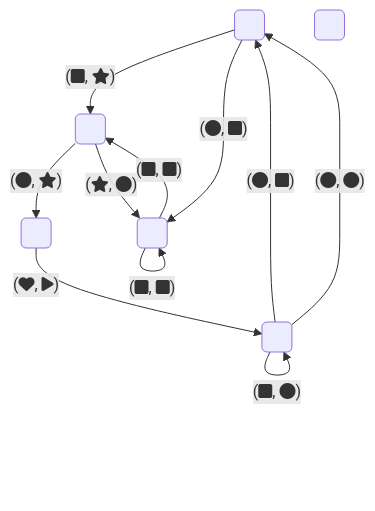
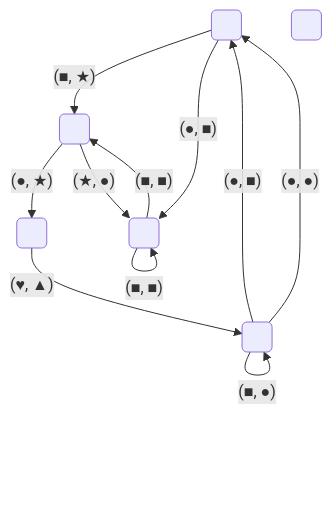
The third of 4 diagrams in lib/utils/include/utils/graph/README.md (flexflow/FlexFlow), drawn with Mermaid before and after one commit.

Commit message:
Fix fa glyphs in graph/README.md

````diff
--- a/lib/utils/include/utils/graph/README.md
+++ b/lib/utils/include/utils/graph/README.md
@@ -59,20 +59,20 @@
 ```mermaid
 flowchart TD
     A(" ")
     B(" ")
     C(" ")
     D(" ")
     E(" ")
     F(" ")
 
-    A -->|"(fa:fa-square, fa:fa-star)"| B
-    B -->|"(fa:fa-circle, fa:fa-star)"| C
-    C -->|"(fa:fa-heart, fa:fa-play)"| D
-    D -->|"(fa:fa-circle, fa:fa-square)"| A
-    B -->|"(fa:fa-star, fa:fa-circle)"| E 
-    E -->|"(fa:fa-square, fa:fa-square)"| B
-    D -->|"(fa:fa-circle, fa:fa-circle)"| A
-    A -->|"(fa:fa-circle, fa:fa-square)"| E
-    D -->|"(fa:fa-square, fa:fa-circle)"| D 
-    E -->|"(fa:fa-square, fa:fa-square)"| E
+    A -->|"(&#x25A0, &#x2605)"| B
+    B -->|"(&#x25CF, &#x2605)"| C
+    C -->|"(&#x2665, &#x25B2)"| D
+    D -->|"(&#x25CF, &#x25A0)"| A
+    B -->|"(&#x2605, &#x25CF)"| E 
+    E -->|"(&#x25A0, &#x25A0)"| B
+    D -->|"(&#x25CF, &#x25CF)"| A
+    A -->|"(&#x25CF, &#x25A0)"| E
+    D -->|"(&#x25A0, &#x25CF)"| D 
+    E -->|"(&#x25A0, &#x25A0)"| E
 ```
````
